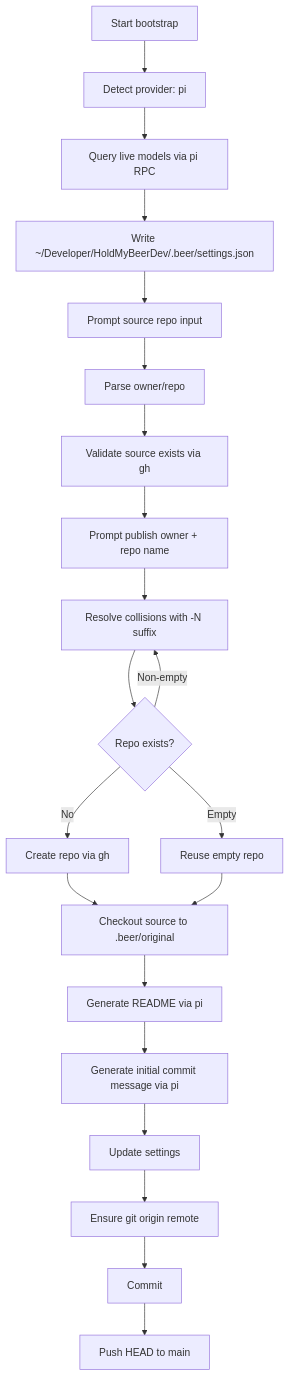
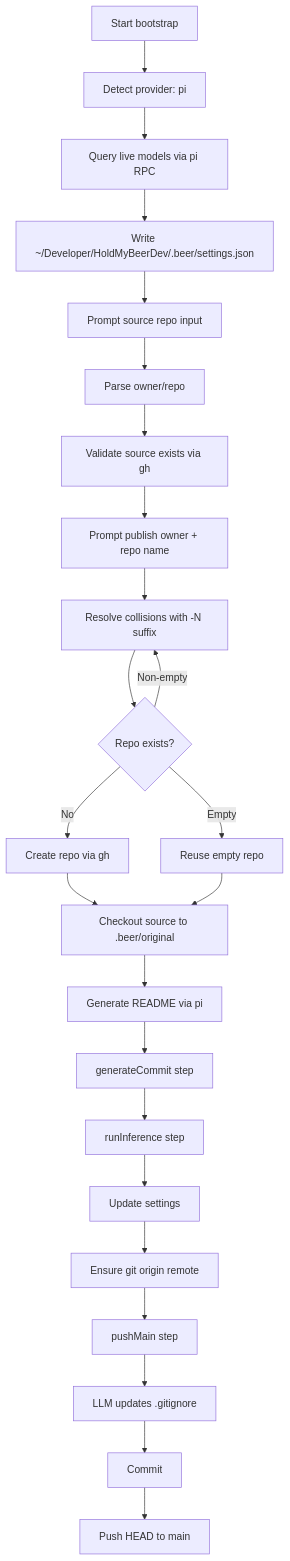
Before and after one commit to ex3ndr/holdmybeer: the diagram in doc/bootstrap-flow.md, drawn with Mermaid. The commit also changed other lines of this file and 13 other files, not shown here.

Commit message:
feat(workflows): add inference, commit, and push steps

````diff
--- a/doc/bootstrap-flow.md
+++ b/doc/bootstrap-flow.md
@@ -7,23 +7,26 @@
 ```mermaid
 flowchart TD
   A[Start bootstrap] --> B[Detect provider: pi]
   B --> C[Query live models via pi RPC]
   C --> D[Write ~/Developer/HoldMyBeerDev/.beer/settings.json]
   D --> E[Prompt source repo input]
   E --> F[Parse owner/repo]
   F --> G[Validate source exists via gh]
   G --> H[Prompt publish owner + repo name]
   H --> I[Resolve collisions with -N suffix]
   I --> J{Repo exists?}
   J -->|No| K[Create repo via gh]
   J -->|Empty| L[Reuse empty repo]
   J -->|Non-empty| I
   K --> M[Checkout source to .beer/original]
   L --> M
   M --> N[Generate README via pi]
-  N --> O[Generate initial commit message via pi]
-  O --> P[Update settings]
-  P --> Q[Ensure git origin remote]
-  Q --> R[Commit]
-  R --> S[Push HEAD to main]
+  N --> O[generateCommit step]
+  O --> P[runInference step]
+  P --> Q[Update settings]
+  Q --> R[Ensure git origin remote]
+  R --> S[pushMain step]
+  S --> T[LLM updates .gitignore]
+  T --> U[Commit]
+  U --> V[Push HEAD to main]
 ```
````
